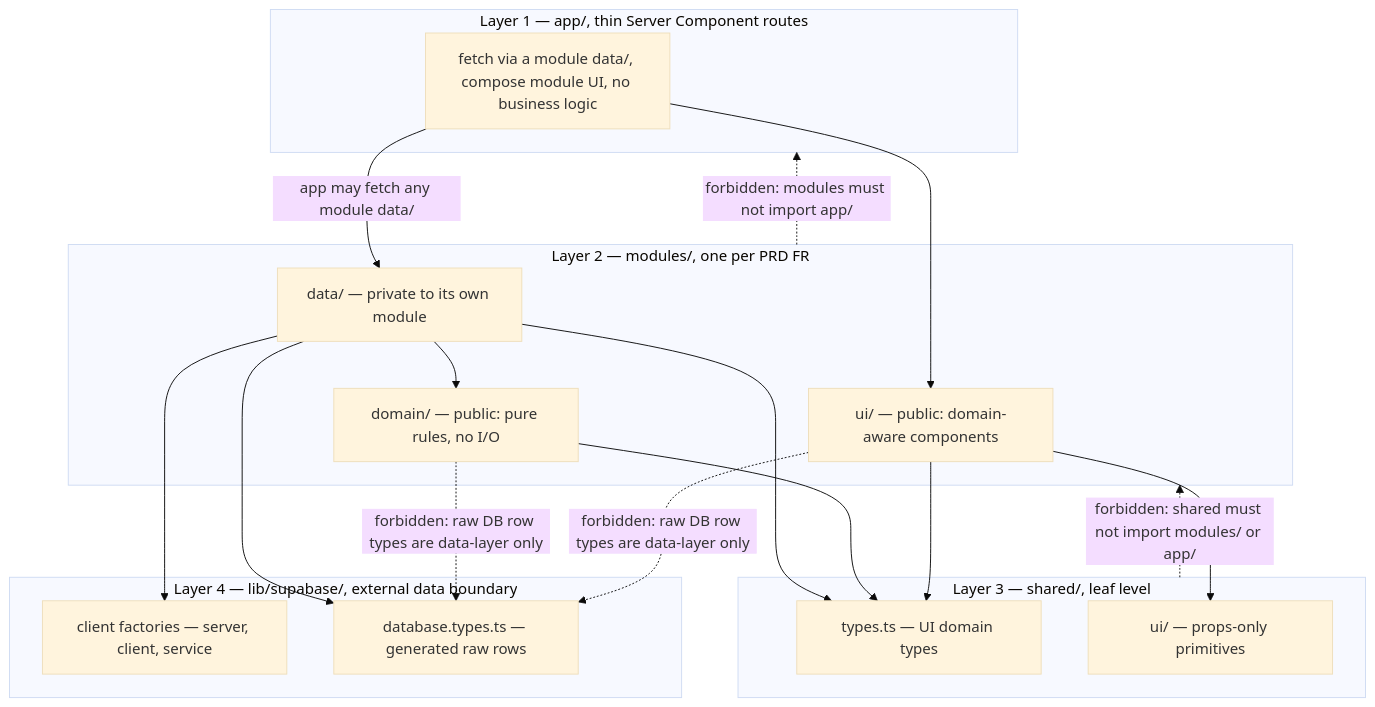
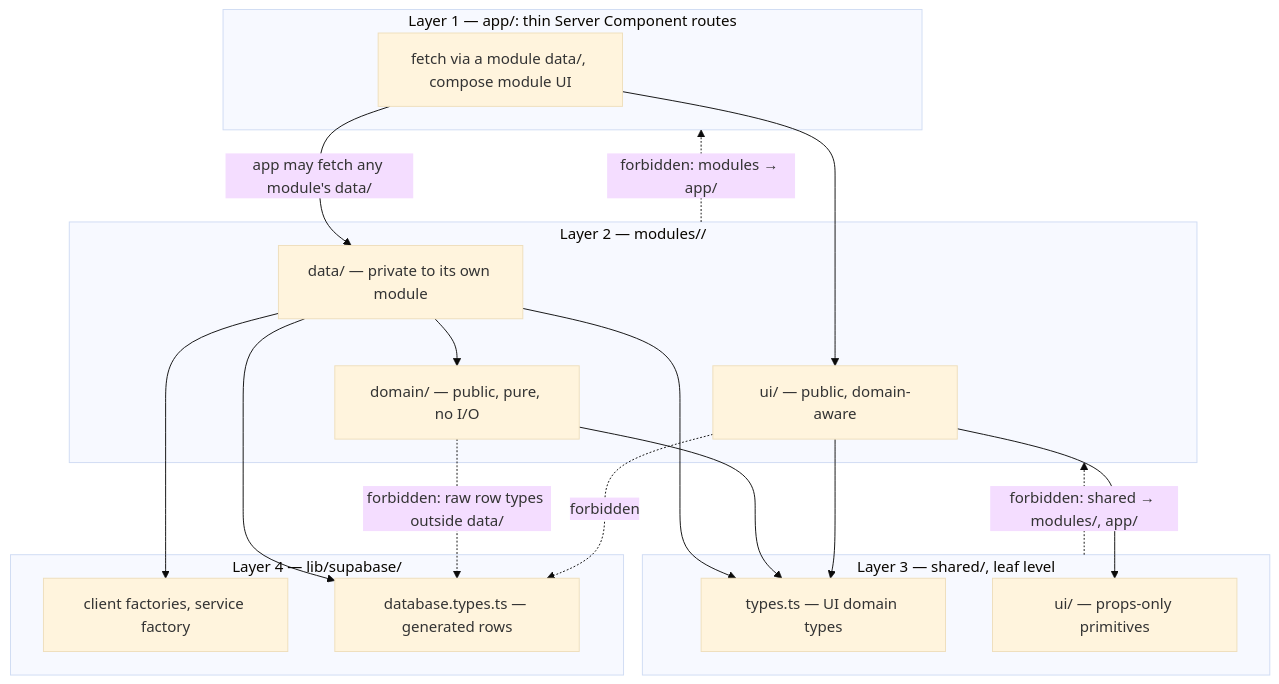
One commit to shuakyle21/tesda-compliance-manager changed the diagram in openwiki/architecture/overview.md. Above: the diagram before and after it, drawn with Mermaid (base theme). The commit also changed other lines of this file and 11 other files, not shown here.

````diff
--- a/openwiki/architecture/overview.md
+++ b/openwiki/architecture/overview.md
@@ -164,33 +175,33 @@
 ```mermaid
 flowchart TD
-    subgraph APP["Layer 1 — app/, thin Server Component routes"]
-        A["fetch via a module data/, compose module UI, no business logic"]
+    subgraph APP["Layer 1 — app/: thin Server Component routes"]
+        A["fetch via a module data/, compose module UI"]
     end
-    subgraph MOD["Layer 2 — modules/, one per PRD FR"]
+    subgraph MOD["Layer 2 — modules/<domain>/"]
         MD["data/ — private to its own module"]
-        MO["domain/ — public: pure rules, no I/O"]
-        MU["ui/ — public: domain-aware components"]
+        MO["domain/ — public, pure, no I/O"]
+        MU["ui/ — public, domain-aware"]
     end
     subgraph SH["Layer 3 — shared/, leaf level"]
         ST["types.ts — UI domain types"]
         SU["ui/ — props-only primitives"]
     end
-    subgraph SUP["Layer 4 — lib/supabase/, external data boundary"]
-        SF["client factories — server, client, service"]
-        SD["database.types.ts — generated raw rows"]
+    subgraph SUP["Layer 4 — lib/supabase/"]
+        SF["client factories, service factory"]
+        SD["database.types.ts — generated rows"]
     end
 
-    A -->|"app may fetch any module data/"| MD
+    A -->|"app may fetch any module's data/"| MD
     A --> MU
     MD --> MO
     MD --> ST
     MD --> SF
     MD --> SD
     MO --> ST
     MU --> ST
     MU --> SU
-    SH -. "forbidden: shared must not import modules/ or app/" .-> MOD
-    MOD -. "forbidden: modules must not import app/" .-> APP
-    MO -. "forbidden: raw DB row types are data-layer only" .-> SD
-    MU -. "forbidden: raw DB row types are data-layer only" .-> SD
+    SH -. "forbidden: shared → modules/, app/" .-> MOD
+    MOD -. "forbidden: modules → app/" .-> APP
+    MO -. "forbidden: raw row types outside data/" .-> SD
+    MU -. "forbidden" .-> SD
 ```
````
